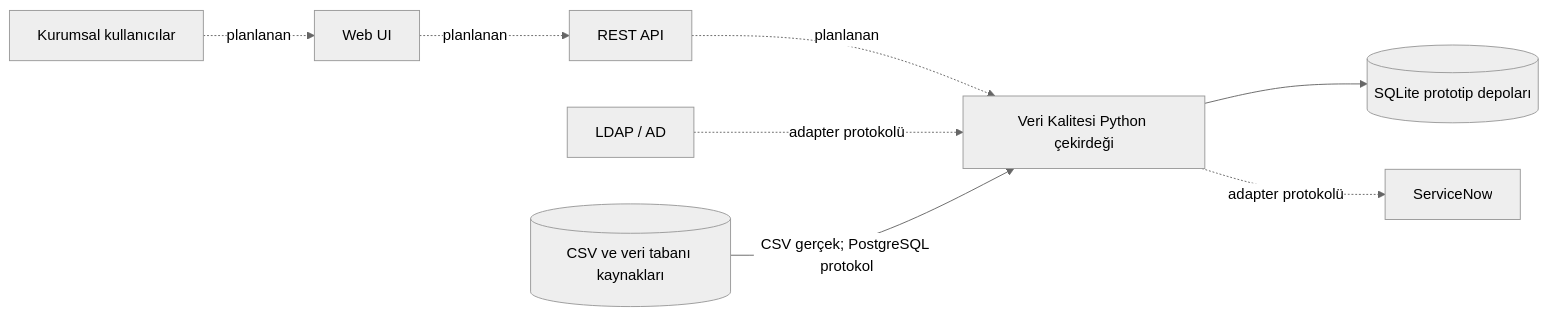
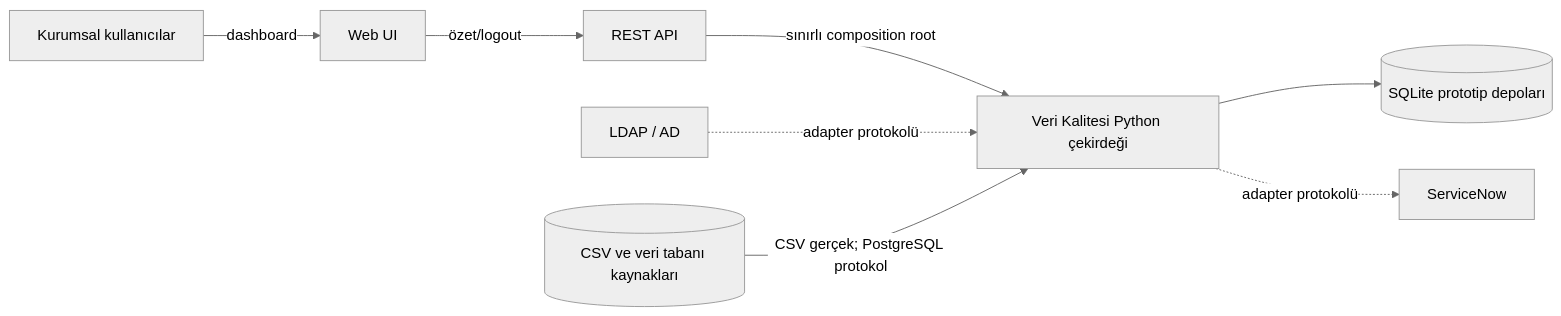
The first of 4 diagrams in docs/technical/01-Sistem-Mimarisi.md (yusufipek2049/veri-kalitesi-sistemi), drawn with Mermaid (neutral theme) before and after one commit. The commit also changed other lines of this file and 58 other files, not shown here.

````diff
--- a/docs/technical/01-Sistem-Mimarisi.md
+++ b/docs/technical/01-Sistem-Mimarisi.md
@@ -64,19 +67,19 @@
 ```mermaid
 flowchart LR
     USER[Kurumsal kullanıcılar]
     DQ[Veri Kalitesi Python çekirdeği]
     LDAP[LDAP / AD]
     SOURCES[(CSV ve veri tabanı kaynakları)]
     SN[ServiceNow]
     SQLITE[(SQLite prototip depoları)]
     UI[Web UI]
     API[REST API]
 
-    USER -. planlanan .-> UI
-    UI -. planlanan .-> API
-    API -. planlanan .-> DQ
+    USER -->|dashboard| UI
+    UI -->|özet/logout| API
+    API -->|sınırlı composition root| DQ
     LDAP -. adapter protokolü .-> DQ
     SOURCES -->|CSV gerçek; PostgreSQL protokol| DQ
     DQ --> SQLITE
     DQ -. adapter protokolü .-> SN
 ```
````
